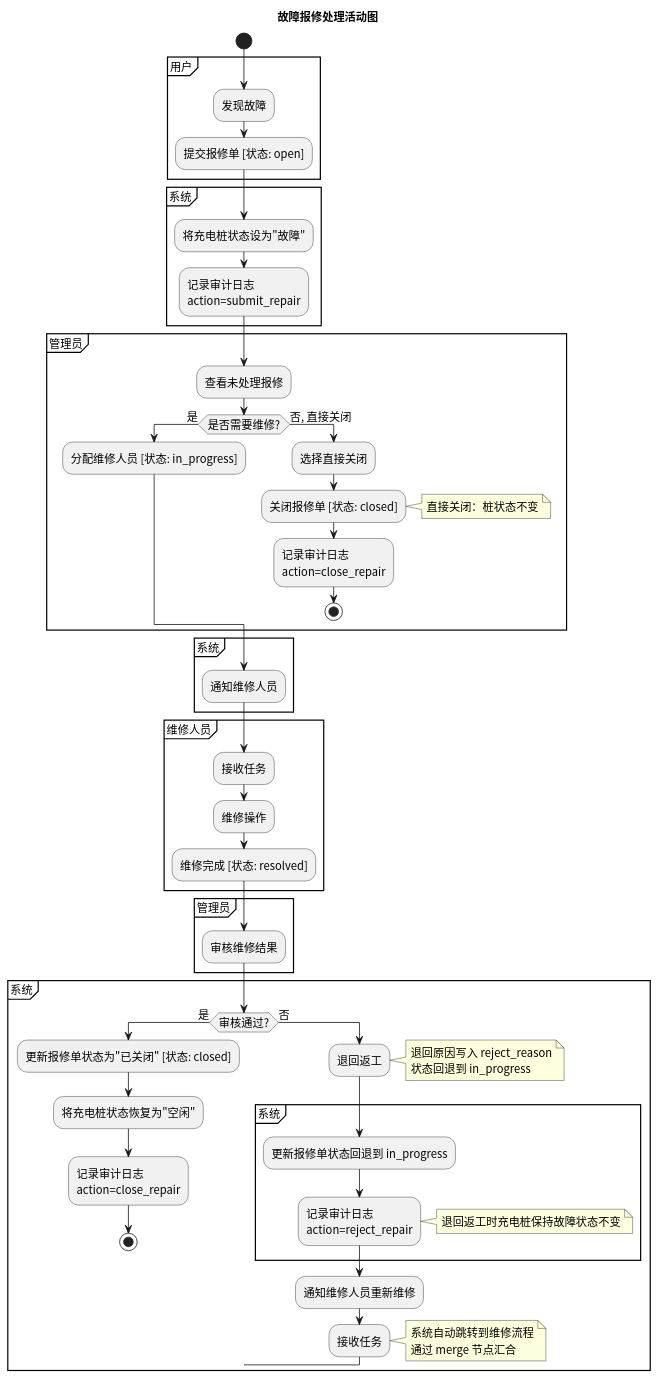
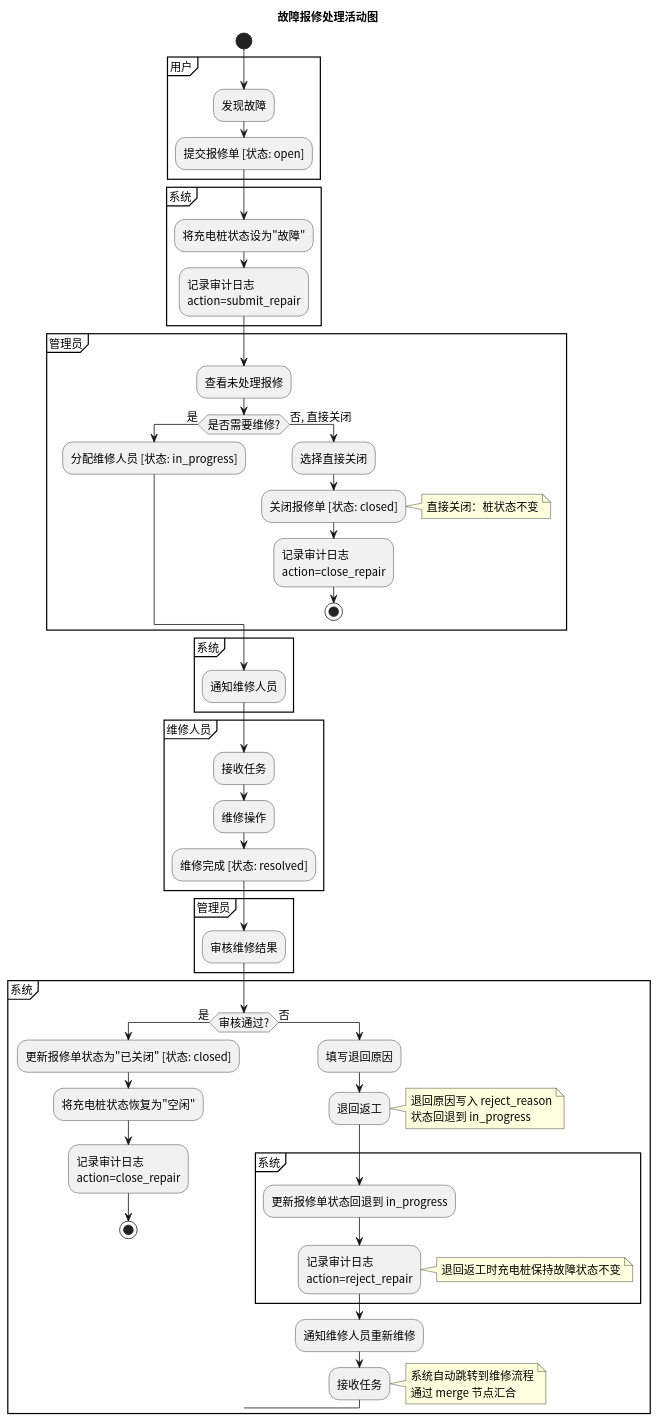
The diagram in activity/src/activity_repair.puml (greenhandzdl/charging-station-doc), drawn with PlantUML before and after one commit. The commit also changed 15 other files, not shown here.

First line of the commit message:
fix: 第19轮评估修复 — 跨图一致性全面补全（3 CRITICAL + 2 MAJOR + 8 MINOR + 12 INFO）

```diff
--- a/activity/src/activity_repair.puml
+++ b/activity/src/activity_repair.puml
@@ -1,64 +1,65 @@
 @startuml
 skinparam defaultFontName "Noto Sans CJK SC"
 skinparam defaultFontSize 14
 title 故障报修处理活动图
 start
 
 partition "用户" {
   :发现故障;
   :提交报修单 [状态: open];
 }
 
 partition "系统" {
   :将充电桩状态设为"故障";
   :记录审计日志\naction=submit_repair;
 }
 
 partition "管理员" {
   :查看未处理报修;
   if (是否需要维修?) then (是)
     :分配维修人员 [状态: in_progress];
   else (否, 直接关闭)
     :选择直接关闭;
     :关闭报修单 [状态: closed];
     note right: 直接关闭：桩状态不变
     :记录审计日志\naction=close_repair;
     stop
   endif
 }
 
 partition "系统" {
   :通知维修人员;
 }
 
 partition "维修人员" {
   :接收任务;
   :维修操作;
   :维修完成 [状态: resolved];
 }
 
 partition "管理员" {
   :审核维修结果;
 }
 
 partition "系统" {
   if (审核通过?) then (是)
     :更新报修单状态为"已关闭" [状态: closed];
     :将充电桩状态恢复为"空闲";
     :记录审计日志\naction=close_repair;
     stop
   else (否)
+    :填写退回原因;
     :退回返工;
     note right: 退回原因写入 reject_reason\n状态回退到 in_progress
     partition "系统" {
       :更新报修单状态回退到 in_progress;
       :记录审计日志\naction=reject_repair;
       note right: 退回返工时充电桩保持故障状态不变
     }
     :通知维修人员重新维修;
     :接收任务;
     note right: 系统自动跳转到维修流程\n通过 merge 节点汇合
   endif
 }
 
 @enduml
```
